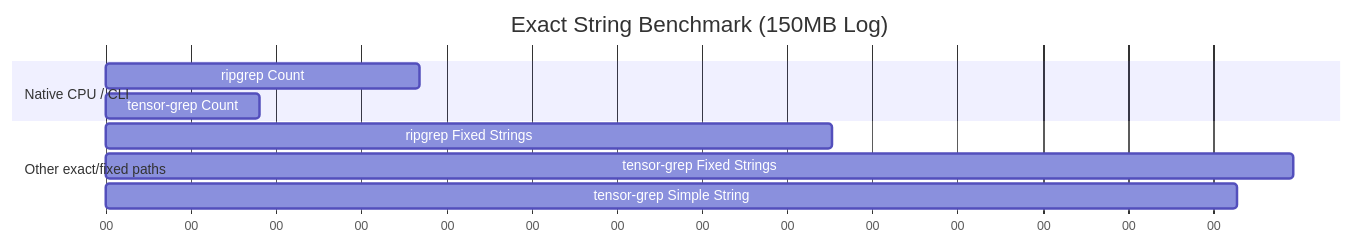
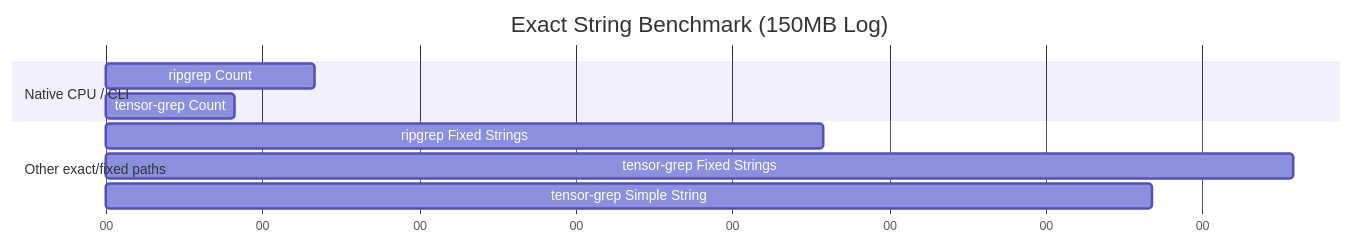
Before and after one commit to oimiragieo/tensor-grep: the third of 3 diagrams in docs/PAPER.md, drawn with Mermaid. The commit also changed other lines of this file and 1 other file, not shown here.

````diff
--- a/docs/PAPER.md
+++ b/docs/PAPER.md
@@ -128,15 +128,15 @@
 ```mermaid
 gantt
     title Exact String Benchmark (150MB Log)
     dateFormat  s
     axisFormat %S
     
     section Native CPU / CLI
-    ripgrep Count              :a1, 0, 0.184s
-    tensor-grep Count          :a2, 0, 0.090s
+    ripgrep Count              :a1, 0, 0.133s
+    tensor-grep Count          :a2, 0, 0.082s
     
     section Other exact/fixed paths
-    ripgrep Fixed Strings      :a3, 0, 0.426s
-    tensor-grep Fixed Strings  :a4, 0, 0.697s
-    tensor-grep Simple String  :a5, 0, 0.664s
+    ripgrep Fixed Strings      :a3, 0, 0.458s
+    tensor-grep Fixed Strings  :a4, 0, 0.758s
+    tensor-grep Simple String  :a5, 0, 0.668s
 ```
````
